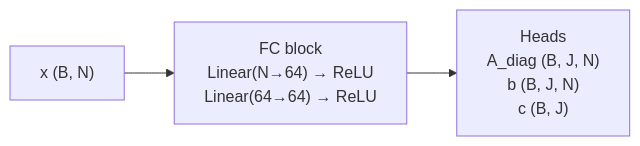
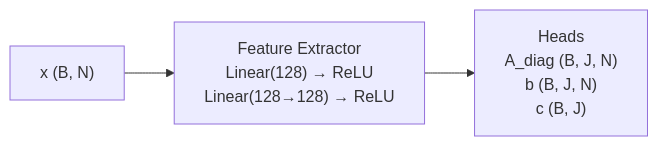
Before and after one commit to mariusdgm/phd-rl-algos: the diagram in dqn/opinion_dynamics/draw_network/net_diagram.md, drawn with Mermaid. The commit also changed 5 other files, not shown here.

````diff
--- a/dqn/opinion_dynamics/draw_network/net_diagram.md
+++ b/dqn/opinion_dynamics/draw_network/net_diagram.md
@@ -1,13 +1,13 @@
 ```mermaid
 flowchart LR
   X["x (B, N)"]
-  FC["FC block
-  Linear(N→64) → ReLU
-  Linear(64→64) → ReLU"]
+  FC["Feature Extractor
+  Linear(128) → ReLU
+  Linear(128→128) → ReLU"]
   Head["Heads
   A_diag (B, J, N)
   b (B, J, N)
   c (B, J)"]
 
   X --> FC --> Head
 ```
````
